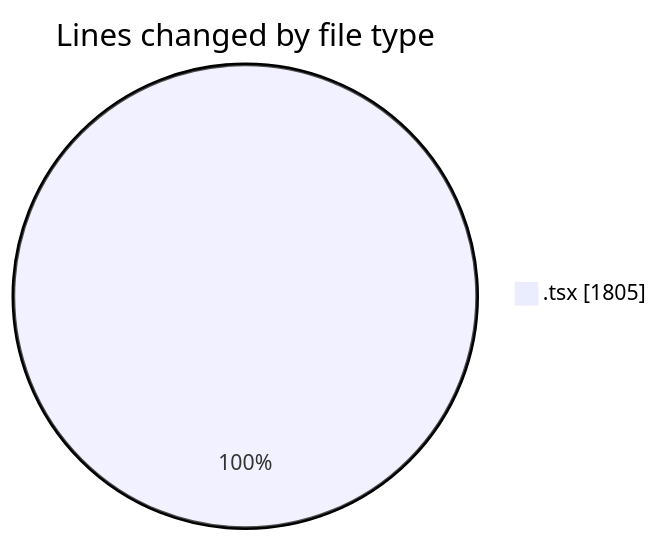
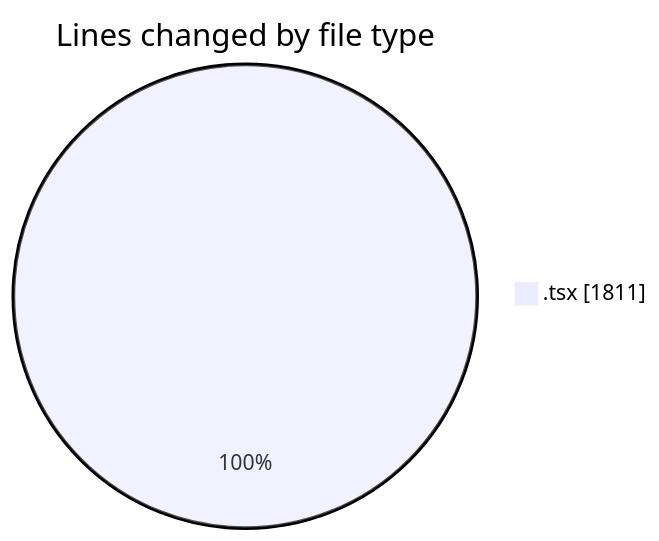
Before and after one commit to momahboobian/code-tracking: the first of 2 diagrams in 2026-08-06/cda/README.md, drawn with Mermaid. The commit also changed other lines of this file and 1 other file, not shown here.

````diff
--- a/2026-08-06/cda/README.md
+++ b/2026-08-06/cda/README.md
@@ -26,5 +26,5 @@
 ```mermaid
 pie showData
 title Lines changed by file type
-".tsx" : 1805
+".tsx" : 1811
 ```
````
